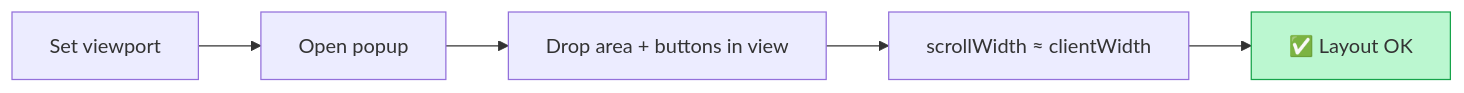
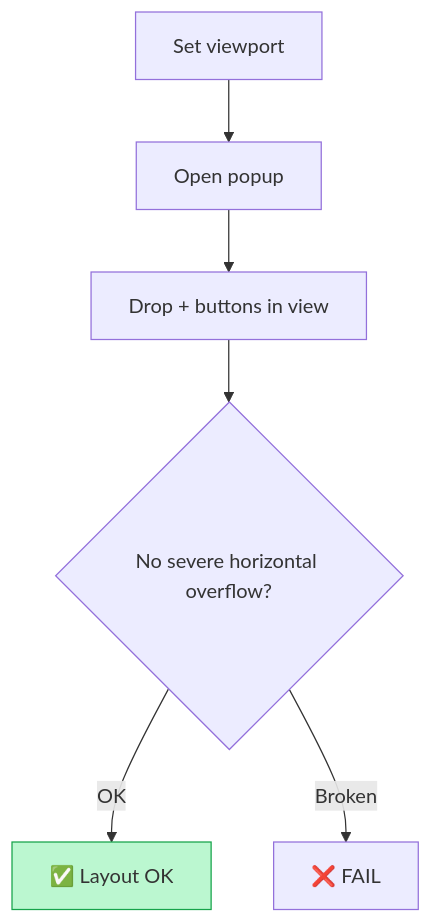
The eighth of 44 diagrams in README.md (GeoWGS84-Testing/Mrsid-Extension), drawn with Mermaid before and after one commit. The commit also changed other lines of this file, not shown here.

````diff
--- a/README.md
+++ b/README.md
@@ -215,9 +346,10 @@
 ```mermaid
-flowchart LR
+flowchart TD
   A[Set viewport] --> B[Open popup]
-  B --> C[Drop area + buttons in view]
-  C --> D[scrollWidth ≈ clientWidth]
-  D --> E[✅ Layout OK]
+  B --> C[Drop + buttons in view]
+  C --> D{No severe horizontal overflow?}
+  D -->|OK| P[✅ Layout OK]
+  D -->|Broken| X[❌ FAIL]
 
-  style E fill:#bbf7d0,stroke:#16a34a
+  style P fill:#bbf7d0,stroke:#16a34a
 ```
````
